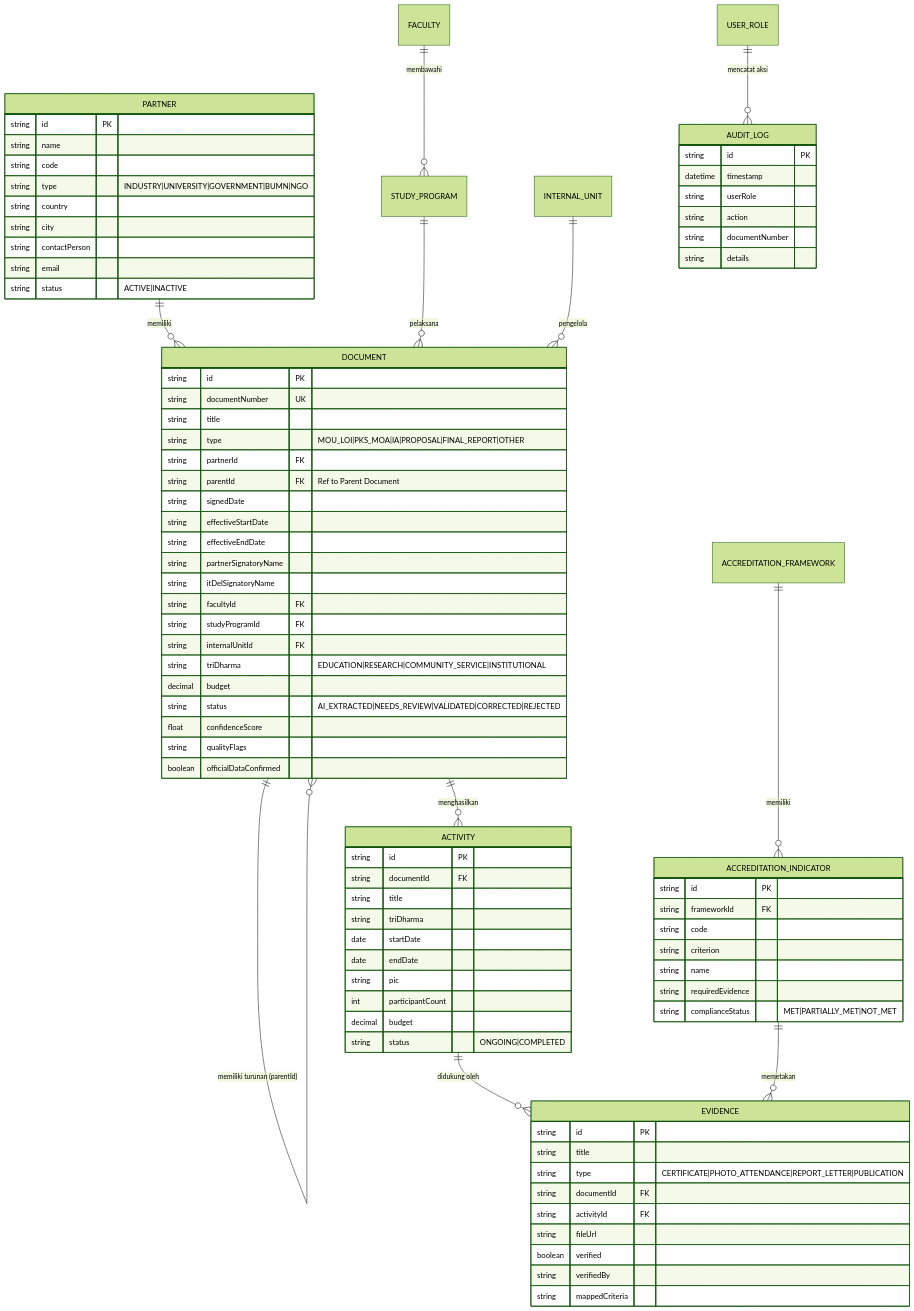
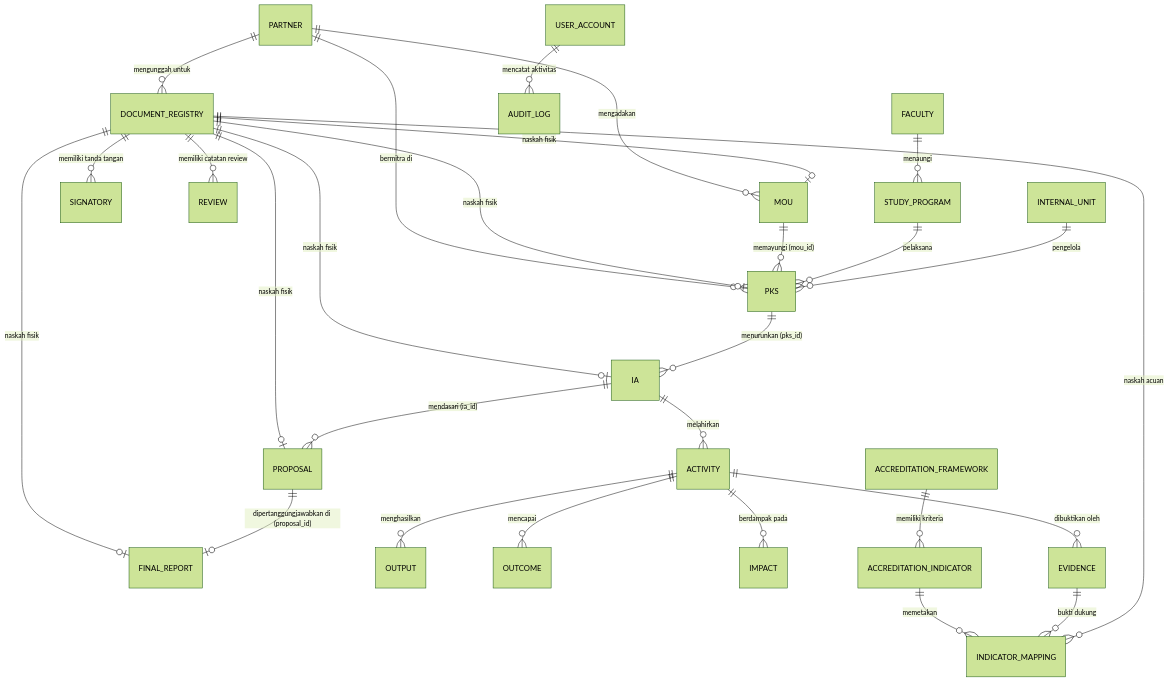
The third of 3 diagrams in docs/ARCHITECTURE.md (samuelhtampubolon/ksdas-itdel), drawn with Mermaid (forest theme) before and after one commit. The commit also changed other lines of this file and 3 other files, not shown here.

Commit message:
docs: enrich Data Dictionary V0.2 (Sec A-V), Solution Architect spec, and PostgreSQL DDL schema

````diff
--- a/docs/ARCHITECTURE.md
+++ b/docs/ARCHITECTURE.md
@@ -97,92 +118,36 @@
 ```mermaid
 erDiagram
-    PARTNER ||--o{ DOCUMENT : "memiliki"
-    DOCUMENT ||--o{ DOCUMENT : "memiliki turunan (parentId)"
-    DOCUMENT ||--o{ ACTIVITY : "menghasilkan"
-    ACTIVITY ||--o{ EVIDENCE : "didukung oleh"
-    FACULTY ||--o{ STUDY_PROGRAM : "membawahi"
-    STUDY_PROGRAM ||--o{ DOCUMENT : "pelaksana"
-    INTERNAL_UNIT ||--o{ DOCUMENT : "pengelola"
-    ACCREDITATION_FRAMEWORK ||--o{ ACCREDITATION_INDICATOR : "memiliki"
-    ACCREDITATION_INDICATOR ||--o{ EVIDENCE : "memetakan"
-    USER_ROLE ||--o{ AUDIT_LOG : "mencatat aksi"
+    PARTNER ||--o{ DOCUMENT_REGISTRY : "mengunggah untuk"
+    PARTNER ||--o{ MOU : "mengadakan"
+    PARTNER ||--o{ PKS : "bermitra di"
+    DOCUMENT_REGISTRY ||--o| MOU : "naskah fisik"
+    DOCUMENT_REGISTRY ||--o| PKS : "naskah fisik"
+    DOCUMENT_REGISTRY ||--o| IA : "naskah fisik"
+    DOCUMENT_REGISTRY ||--o| PROPOSAL : "naskah fisik"
+    DOCUMENT_REGISTRY ||--o| FINAL_REPORT : "naskah fisik"
+    
+    MOU ||--o{ PKS : "memayungi (mou_id)"
+    PKS ||--o{ IA : "menurunkan (pks_id)"
+    IA ||--o{ PROPOSAL : "mendasari (ia_id)"
+    PROPOSAL ||--o| FINAL_REPORT : "dipertanggungjawabkan di (proposal_id)"
 
-    PARTNER {
-        string id PK
-        string name
-        string code
-        string type "INDUSTRY|UNIVERSITY|GOVERNMENT|BUMN|NGO"
-        string country
-        string city
-        string contactPerson
-        string email
-        string status "ACTIVE|INACTIVE"
-    }
+    DOCUMENT_REGISTRY ||--o{ SIGNATORY : "memiliki tanda tangan"
+    DOCUMENT_REGISTRY ||--o{ REVIEW : "memiliki catatan review"
 
-    DOCUMENT {
-        string id PK
-        string documentNumber UK
-        string title
-        string type "MOU_LOI|PKS_MOA|IA|PROPOSAL|FINAL_REPORT|OTHER"
-        string partnerId FK
-        string parentId FK "Ref to Parent Document"
-        string signedDate
-        string effectiveStartDate
-        string effectiveEndDate
-        string partnerSignatoryName
-        string itDelSignatoryName
-        string facultyId FK
-        string studyProgramId FK
-        string internalUnitId FK
-        string triDharma "EDUCATION|RESEARCH|COMMUNITY_SERVICE|INSTITUTIONAL"
-        decimal budget
-        string status "AI_EXTRACTED|NEEDS_REVIEW|VALIDATED|CORRECTED|REJECTED"
-        float confidenceScore
-        string qualityFlags
-        boolean officialDataConfirmed
-    }
+    IA ||--o{ ACTIVITY : "melahirkan"
+    ACTIVITY ||--o{ OUTPUT : "menghasilkan"
+    ACTIVITY ||--o{ OUTCOME : "mencapai"
+    ACTIVITY ||--o{ IMPACT : "berdampak pada"
+    ACTIVITY ||--o{ EVIDENCE : "dibuktikan oleh"
 
-    ACTIVITY {
-        string id PK
-        string documentId FK
-        string title
-        string triDharma
-        date startDate
-        date endDate
-        string pic
-        int participantCount
-        decimal budget
-        string status "ONGOING|COMPLETED"
-    }
+    FACULTY ||--o{ STUDY_PROGRAM : "menaungi"
+    STUDY_PROGRAM ||--o{ PKS : "pelaksana"
+    INTERNAL_UNIT ||--o{ PKS : "pengelola"
 
-    EVIDENCE {
-        string id PK
-        string title
-        string type "CERTIFICATE|PHOTO_ATTENDANCE|REPORT_LETTER|PUBLICATION"
-        string documentId FK
-        string activityId FK
-        string fileUrl
-        boolean verified
-        string verifiedBy
-        string mappedCriteria
-    }
+    ACCREDITATION_FRAMEWORK ||--o{ ACCREDITATION_INDICATOR : "memiliki kriteria"
+    ACCREDITATION_INDICATOR ||--o{ INDICATOR_MAPPING : "memetakan"
+    EVIDENCE ||--o{ INDICATOR_MAPPING : "bukti dukung"
+    DOCUMENT_REGISTRY ||--o{ INDICATOR_MAPPING : "naskah acuan"
 
-    ACCREDITATION_INDICATOR {
-        string id PK
-        string frameworkId FK
-        string code
-        string criterion
-        string name
-        string requiredEvidence
-        string complianceStatus "MET|PARTIALLY_MET|NOT_MET"
-    }
-
-    AUDIT_LOG {
-        string id PK
-        datetime timestamp
-        string userRole
-        string action
-        string documentNumber
-        string details
-    }
+    USER_ACCOUNT ||--o{ AUDIT_LOG : "mencatat aktivitas"
 ```
````
